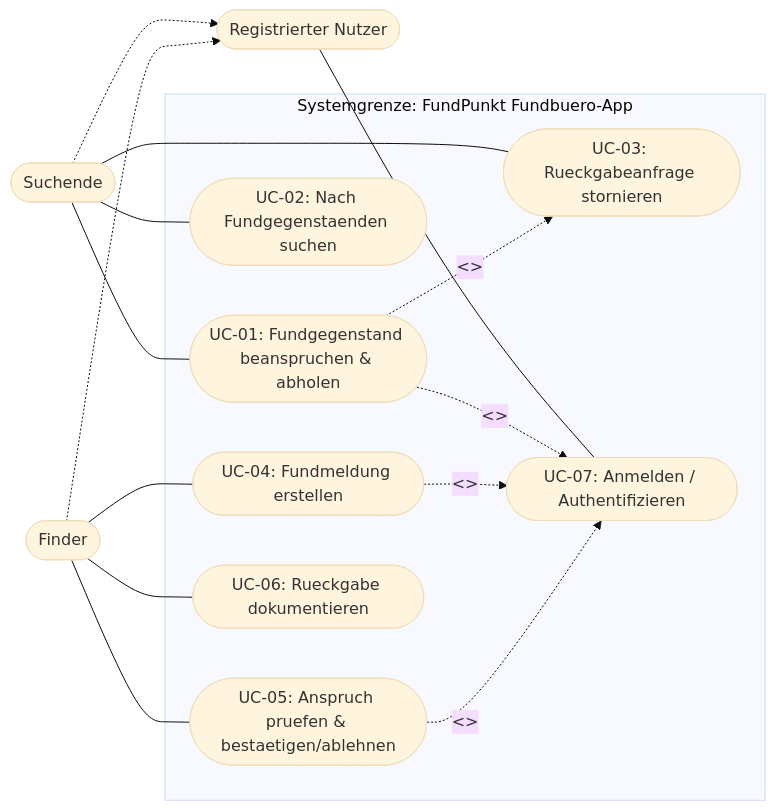
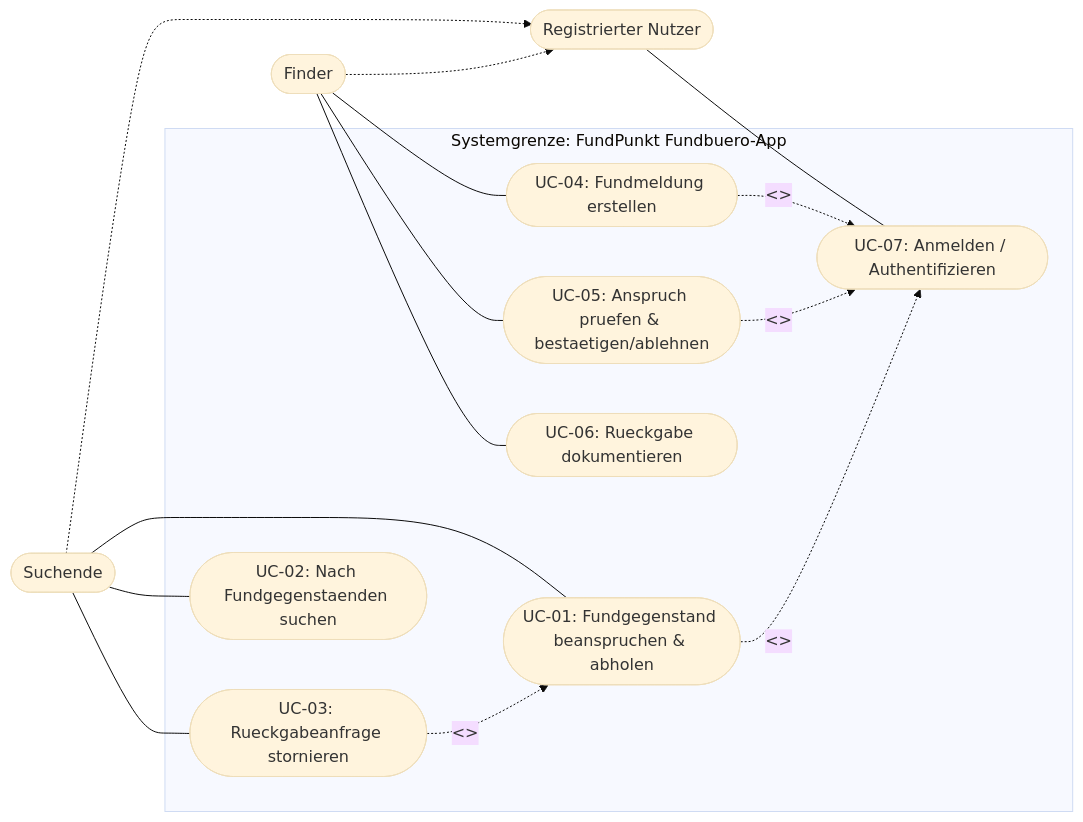
The diagram in docs/01-anforderungen/uebung1-grundlagen.md (Laura-0712/Fundbuero_3), drawn with Mermaid (base theme) before and after one commit. The commit also changed other lines of this file, not shown here.

````diff
--- a/docs/01-anforderungen/uebung1-grundlagen.md
+++ b/docs/01-anforderungen/uebung1-grundlagen.md
@@ -62,34 +67,34 @@
 ```mermaid
 flowchart LR
     Suchende([Suchende])
     Finder([Finder])
     Nutzer([Registrierter Nutzer])
 
     Suchende -.-> Nutzer
     Finder -.-> Nutzer
 
     subgraph FundPunkt["Systemgrenze: FundPunkt Fundbuero-App"]
         UC1([UC-01: Fundgegenstand beanspruchen & abholen])
         UC2([UC-02: Nach Fundgegenstaenden suchen])
         UC3([UC-03: Rueckgabeanfrage stornieren])
         UC4([UC-04: Fundmeldung erstellen])
         UC5([UC-05: Anspruch pruefen & bestaetigen/ablehnen])
         UC6([UC-06: Rueckgabe dokumentieren])
         UC7([UC-07: Anmelden / Authentifizieren])
     end
 
     Suchende --- UC1
     Suchende --- UC2
     Suchende --- UC3
 
     Finder --- UC4
     Finder --- UC5
     Finder --- UC6
 
     Nutzer --- UC7
 
     UC1 -. "<<include>>" .-> UC7
     UC4 -. "<<include>>" .-> UC7
     UC5 -. "<<include>>" .-> UC7
-    UC1 -. "<<extend>>" .-> UC3
+    UC3 -. "<<extend>>" .-> UC1
 ```
````
